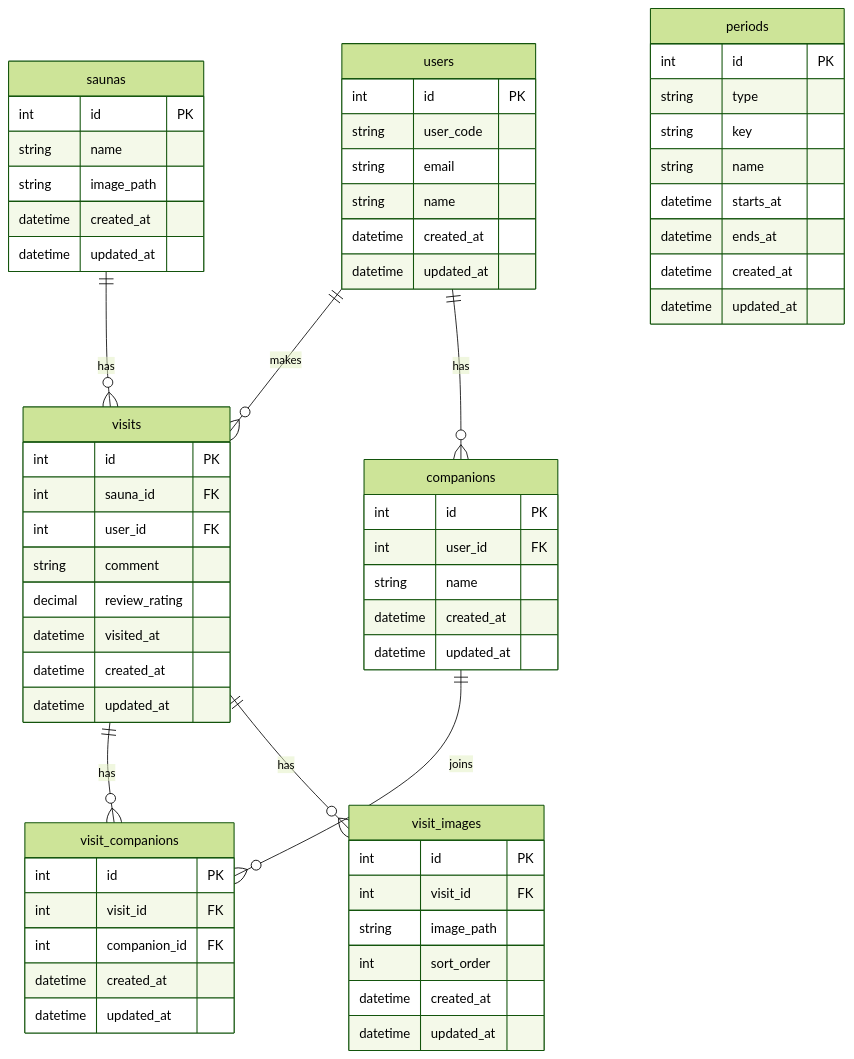
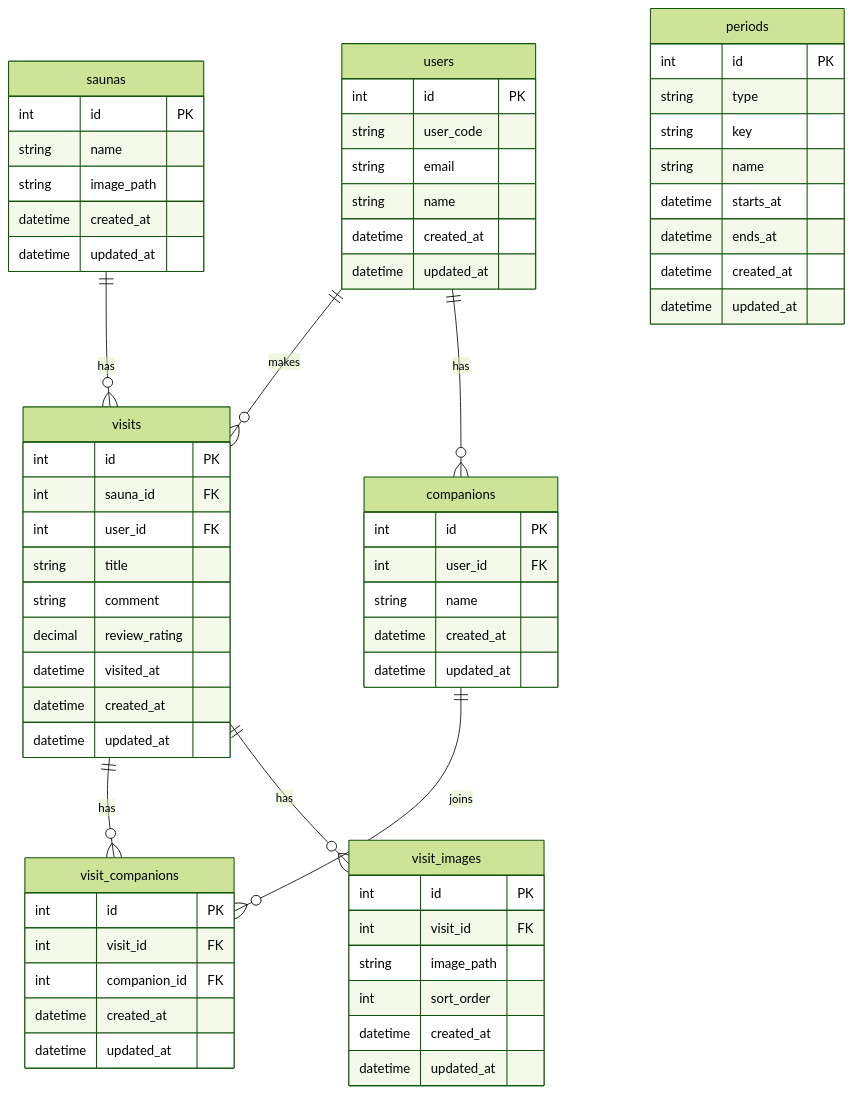
Before and after one commit to mikuta001/sauna-memories-app: the diagram in doc/ERD /ERD.md, drawn with Mermaid (forest theme).

Commit message:
title 追加

````diff
--- a/doc/ERD /ERD.md
+++ b/doc/ERD /ERD.md
@@ -1,77 +1,78 @@
 ```mermaid
 erDiagram
 
   visits {
     int id PK
     int sauna_id FK
     int user_id FK
+    string title
     string comment
     decimal review_rating
     datetime visited_at
     datetime created_at
     datetime updated_at
   }
 
   visit_companions {
     int id PK
     int visit_id FK
     int companion_id FK
     datetime created_at
     datetime updated_at
   }
 
   visit_images {
     int id PK
     int visit_id FK
     string image_path
     int sort_order
     datetime created_at
     datetime updated_at
   }
 
   saunas {
     int id PK
     string name
     string image_path
     datetime created_at
     datetime updated_at
   }
 
   companions {
     int id PK
     int user_id FK
     string name
     datetime created_at
     datetime updated_at
   }
 
   users {
     int id PK
     string user_code
     string email
     string name
     datetime created_at
     datetime updated_at
   }
 
   periods {
     int id PK
     string type
     string key
     string name
     datetime starts_at
     datetime ends_at
     datetime created_at
     datetime updated_at
   }
 
 
 
   users ||--o{ visits : makes
   saunas ||--o{ visits : has
   visits ||--o{ visit_companions : has
   visits ||--o{ visit_images : has
   companions ||--o{ visit_companions : joins
   users ||--o{ companions : has
 
 ```
````
